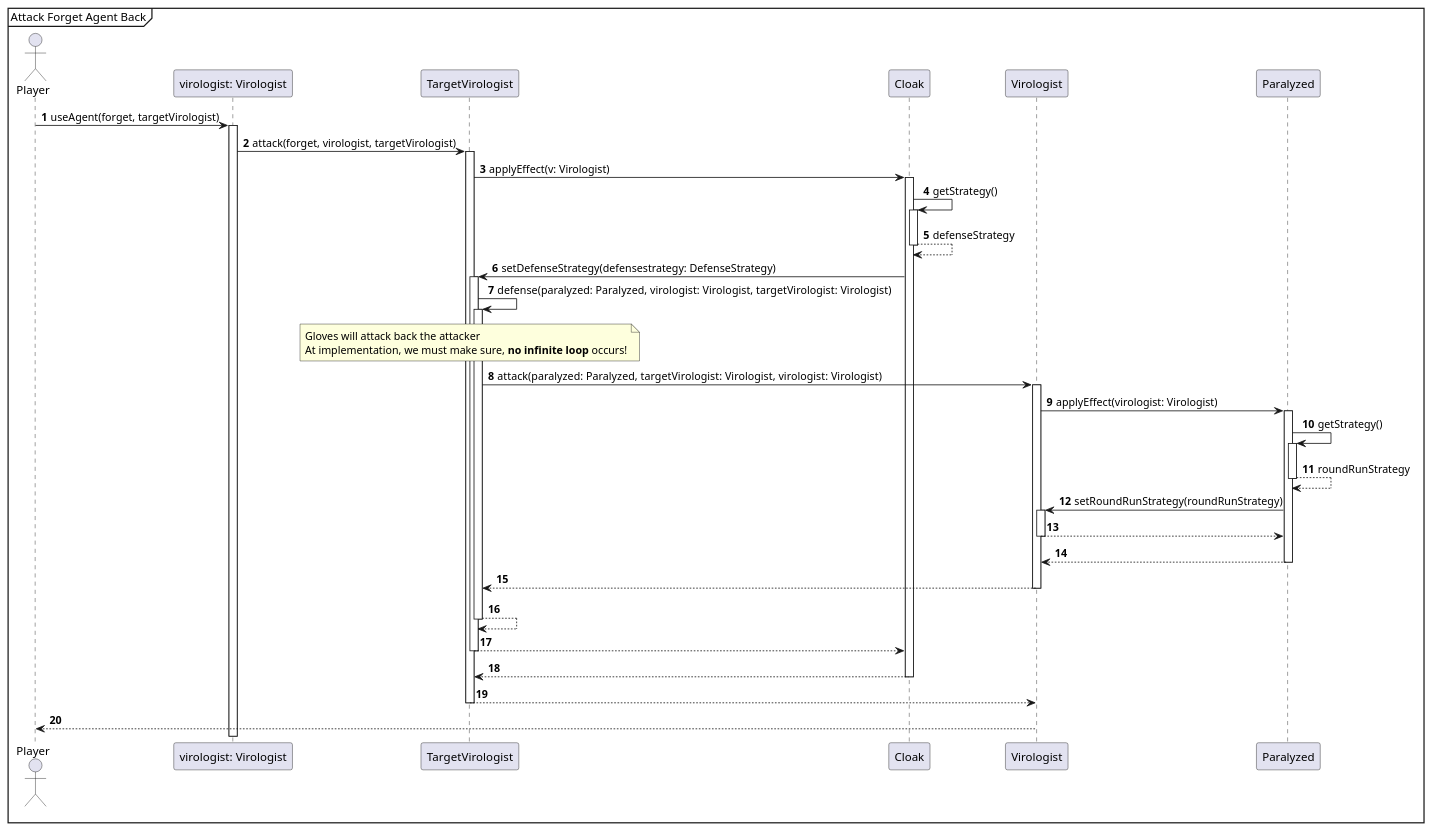
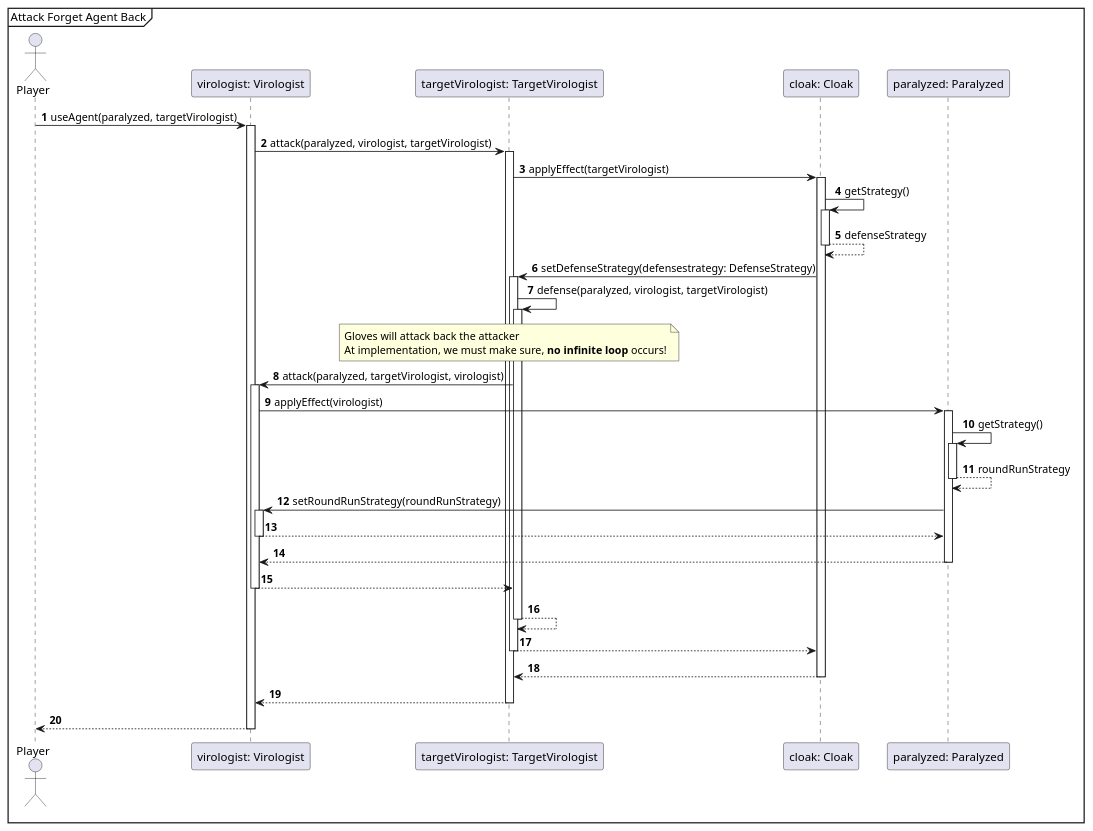
One commit to Projlab-csb/projlab-virologus changed the diagram in Exact Sequence-diagrams/AttackParalyzeAgentBACK.puml. Above: the diagram before and after it, drawn with PlantUML. The commit also changed 15 other files, not shown here.

```diff
--- a/Exact Sequence-diagrams/AttackParalyzeAgentBACK.puml
+++ b/Exact Sequence-diagrams/AttackParalyzeAgentBACK.puml
@@ -1,44 +1,42 @@
 @startuml
 'https://plantuml.com/sequence-diagram
 
 autonumber
 
 mainframe Attack Forget Agent Back
 
 actor Player
 
-Player -> "virologist: Virologist"++: useAgent(forget, targetVirologist)
-"virologist: Virologist" -> TargetVirologist++: attack(forget, virologist, targetVirologist)
-TargetVirologist -> Cloak++ : applyEffect(v: Virologist)
+Player -> "virologist: Virologist"++: useAgent(paralyzed, targetVirologist)
+"virologist: Virologist" -> "targetVirologist: TargetVirologist"++: attack(paralyzed, virologist, targetVirologist)
+"targetVirologist: TargetVirologist" -> "cloak: Cloak"++ : applyEffect(targetVirologist)
+"cloak: Cloak" -> "cloak: Cloak"++ : getStrategy()
+"cloak: Cloak" --> "cloak: Cloak"-- : defenseStrategy
 
-Cloak -> Cloak++ : getStrategy()
-Cloak --> Cloak-- : defenseStrategy
+"cloak: Cloak" -> "targetVirologist: TargetVirologist"++: setDefenseStrategy(defensestrategy: DefenseStrategy)
 
-Cloak -> TargetVirologist++: setDefenseStrategy(defensestrategy: DefenseStrategy)
+"targetVirologist: TargetVirologist" -> "targetVirologist: TargetVirologist"++: defense(paralyzed, virologist, targetVirologist)
 
-TargetVirologist -> TargetVirologist++: defense(paralyzed: Paralyzed, virologist: Virologist,  targetVirologist: Virologist)
-
-note over TargetVirologist
+note over "targetVirologist: TargetVirologist"
     Gloves will attack back the attacker
     At implementation, we must make sure, **no infinite loop** occurs!
 end note
 
-TargetVirologist -> Virologist++: attack(paralyzed: Paralyzed,  targetVirologist: Virologist, virologist: Virologist)
-Virologist -> Paralyzed++ : applyEffect(virologist: Virologist)
-Paralyzed -> Paralyzed++ : getStrategy()
-      Paralyzed --> Paralyzed-- : roundRunStrategy
-      Paralyzed -> Virologist++: setRoundRunStrategy(roundRunStrategy)
-      Virologist --> Paralyzed--
-      Paralyzed --> Virologist--
-Virologist --> TargetVirologist--
+"targetVirologist: TargetVirologist" -> "virologist: Virologist"++: attack(paralyzed, targetVirologist, virologist)
+"virologist: Virologist" -> "paralyzed: Paralyzed"++ : applyEffect(virologist)
+"paralyzed: Paralyzed" -> "paralyzed: Paralyzed"++ : getStrategy()
+      "paralyzed: Paralyzed" --> "paralyzed: Paralyzed"-- : roundRunStrategy
+      "paralyzed: Paralyzed" -> "virologist: Virologist"++: setRoundRunStrategy(roundRunStrategy)
+      "virologist: Virologist" --> "paralyzed: Paralyzed"--
+      "paralyzed: Paralyzed" --> "virologist: Virologist"--
+"virologist: Virologist" --> "targetVirologist: TargetVirologist"--
 
-TargetVirologist --> TargetVirologist --
+"targetVirologist: TargetVirologist" --> "targetVirologist: TargetVirologist" --
 
-TargetVirologist --> Cloak --
-Cloak --> TargetVirologist --
+"targetVirologist: TargetVirologist" --> "cloak: Cloak" --
+"cloak: Cloak" --> "targetVirologist: TargetVirologist" --
 
+"targetVirologist: TargetVirologist" --> "virologist: Virologist" --
 
-TargetVirologist --> Virologist --
-
-Virologist --> Player --
+"virologist: Virologist" --> Player --
 @enduml
```
